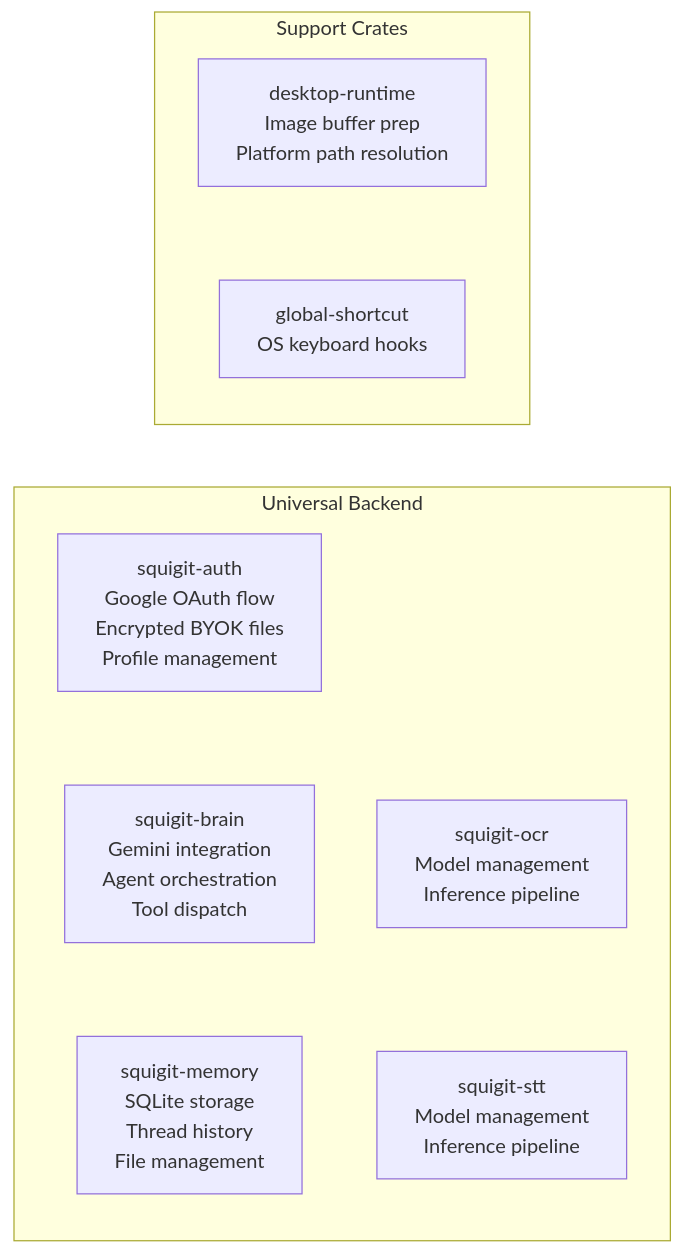
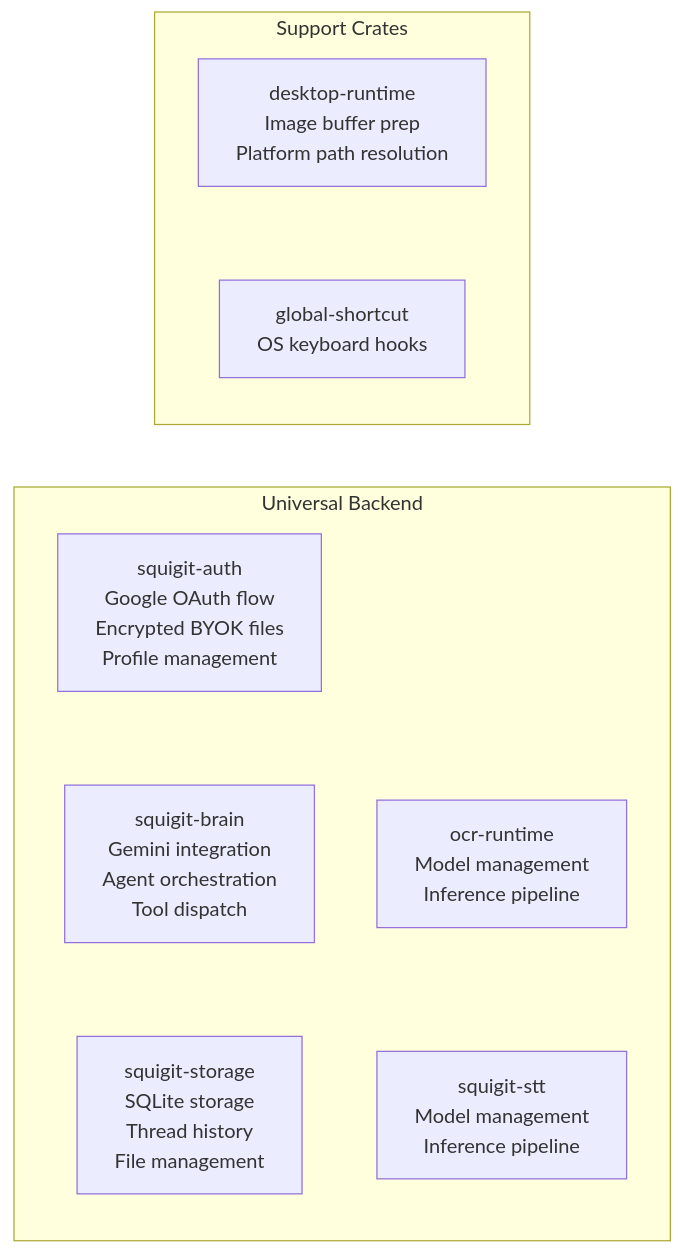
The second of 7 diagrams in docs/02-architecture/SQUIGIT.md (squigit-org/squigit), drawn with Mermaid before and after one commit. The commit also changed other lines of this file and 1 other file, not shown here.

````diff
--- a/docs/02-architecture/SQUIGIT.md
+++ b/docs/02-architecture/SQUIGIT.md
@@ -99,19 +99,19 @@
 ```mermaid
 graph LR
     subgraph "Universal Backend"
         AUTH["squigit-auth\nGoogle OAuth flow\nEncrypted BYOK files\nProfile management"]
         BRAIN["squigit-brain\nGemini integration\nAgent orchestration\nTool dispatch"]
-        MEMORY["squigit-memory\nSQLite storage\nThread history\nFile management"]
-        OCR["squigit-ocr\nModel management\nInference pipeline"]
+        MEMORY["squigit-storage\nSQLite storage\nThread history\nFile management"]
+        OCR["ocr-runtime\nModel management\nInference pipeline"]
         STT["squigit-stt\nModel management\nInference pipeline"]
     end
 
     subgraph "Support Crates"
         RUNTIME["desktop-runtime\nImage buffer prep\nPlatform path resolution"]
         SHORTCUT["global-shortcut\nOS keyboard hooks"]
     end
 
     AUTH ~~~ BRAIN ~~~ MEMORY
     OCR ~~~ STT
     RUNTIME ~~~ SHORTCUT
 ```
````
